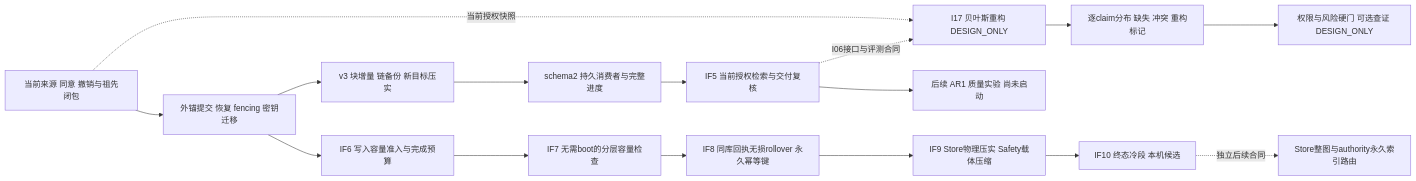
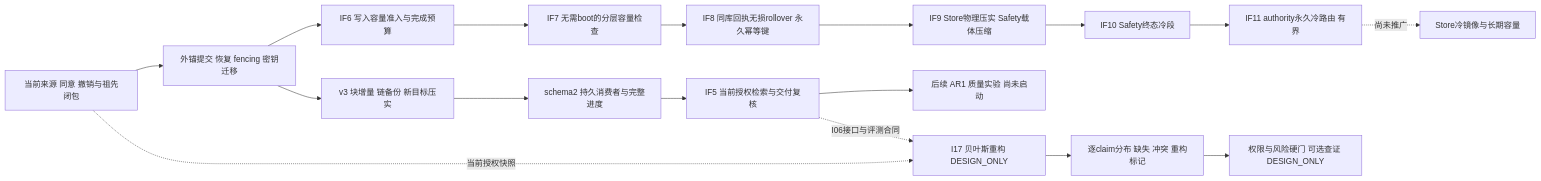
The diagram in docs/AEMC-DEVELOPMENT-STATUS.md (saigyujikingyo-png/companion-core), drawn with Mermaid before and after one commit. The commit also changed other lines of this file and 13 other files, not shown here.

````diff
--- a/docs/AEMC-DEVELOPMENT-STATUS.md
+++ b/docs/AEMC-DEVELOPMENT-STATUS.md
@@ -7,18 +7,20 @@
 ```mermaid
 flowchart LR
   A[当前来源 同意 撤销与祖先闭包] --> B[外锚提交 恢复 fencing 密钥迁移]
   B --> C[v3 块增量 链备份 新目标压实]
   C --> D[schema2 持久消费者与完整进度]
   D --> E[IF5 当前授权检索与交付复核]
   B --> F[IF6 写入容量准入与完成预算]
   F --> H[IF7 无需boot的分层容量检查]
   H --> R[IF8 同库回执无损rollover 永久幂等键]
   R --> S[IF9 Store物理压实 Safety载体压缩]
-  S --> L[IF10 终态冷段 本机候选]
-  L -. 独立后续合同 .-> X[Store整图与authority永久索引路由]
+  S --> L[IF10 Safety终态冷段]
+  L --> P[IF11 authority永久冷路由 有界]
+  P -. 尚未推广 .-> X[Store冷镜像与长期容量]
+
   E --> G[后续 AR1 质量实验 尚未启动]
   A -. 当前授权快照 .-> Q[I17 贝叶斯重构 DESIGN_ONLY]
   E -. I06接口与评测合同 .-> Q
   Q --> M[逐claim分布 缺失 冲突 重构标记]
   M --> V[权限与风险硬门 可选查证 DESIGN_ONLY]
 ```
````
